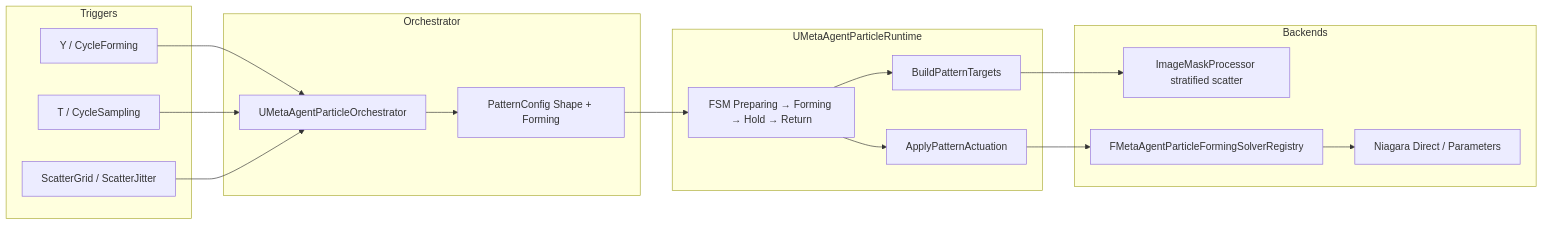
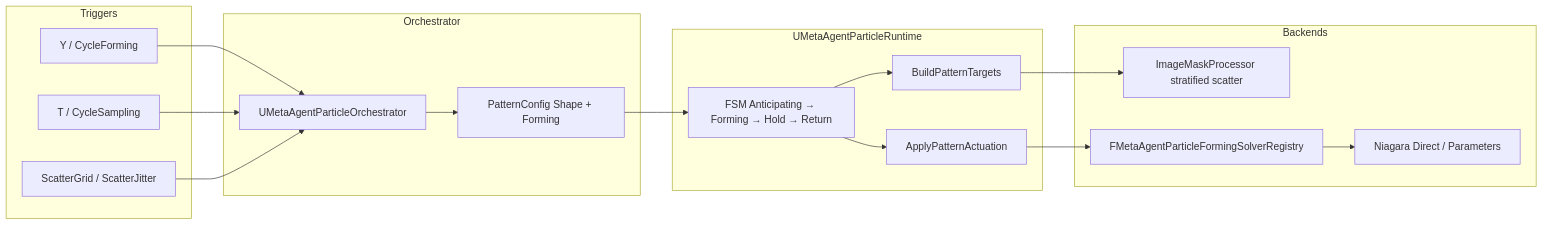
The ninth of 14 diagrams in README.md (vecnode/metaagent-ue5-plugin), drawn with Mermaid before and after one commit. The commit also changed other lines of this file, not shown here.

````diff
--- a/README.md
+++ b/README.md
@@ -680,36 +678,36 @@
 ```mermaid
 flowchart LR
     subgraph Triggers
         Y[Y / CycleForming]
         T[T / CycleSampling]
         SG[ScatterGrid / ScatterJitter]
     end
 
     subgraph Orchestrator
         ORCH[UMetaAgentParticleOrchestrator]
         CFG[PatternConfig Shape + Forming]
     end
 
     subgraph Runtime["UMetaAgentParticleRuntime"]
-        FSM[FSM Preparing → Forming → Hold → Return]
+        FSM[FSM Anticipating → Forming → Hold → Return]
         BUILD[BuildPatternTargets]
         ACT[ApplyPatternActuation]
     end
 
     subgraph Backends
         MASK[ImageMaskProcessor stratified scatter]
         FORM[FMetaAgentParticleFormingSolverRegistry]
         NIAG[Niagara Direct / Parameters]
     end
 
     Y --> ORCH
     T --> ORCH
     SG --> ORCH
     ORCH --> CFG
     CFG --> FSM
     FSM --> BUILD
     BUILD --> MASK
     FSM --> ACT
     ACT --> FORM
     FORM --> NIAG
 ```
````
